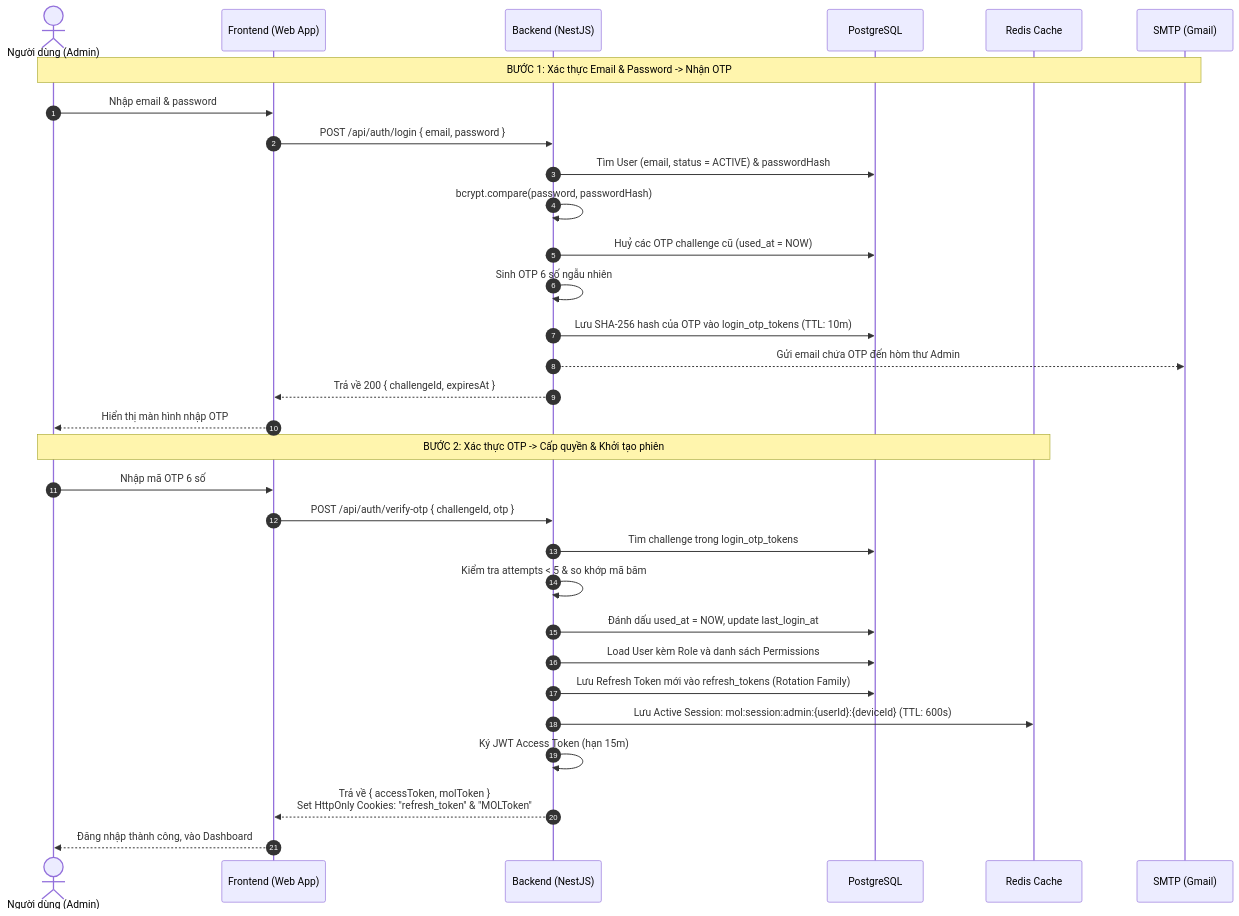
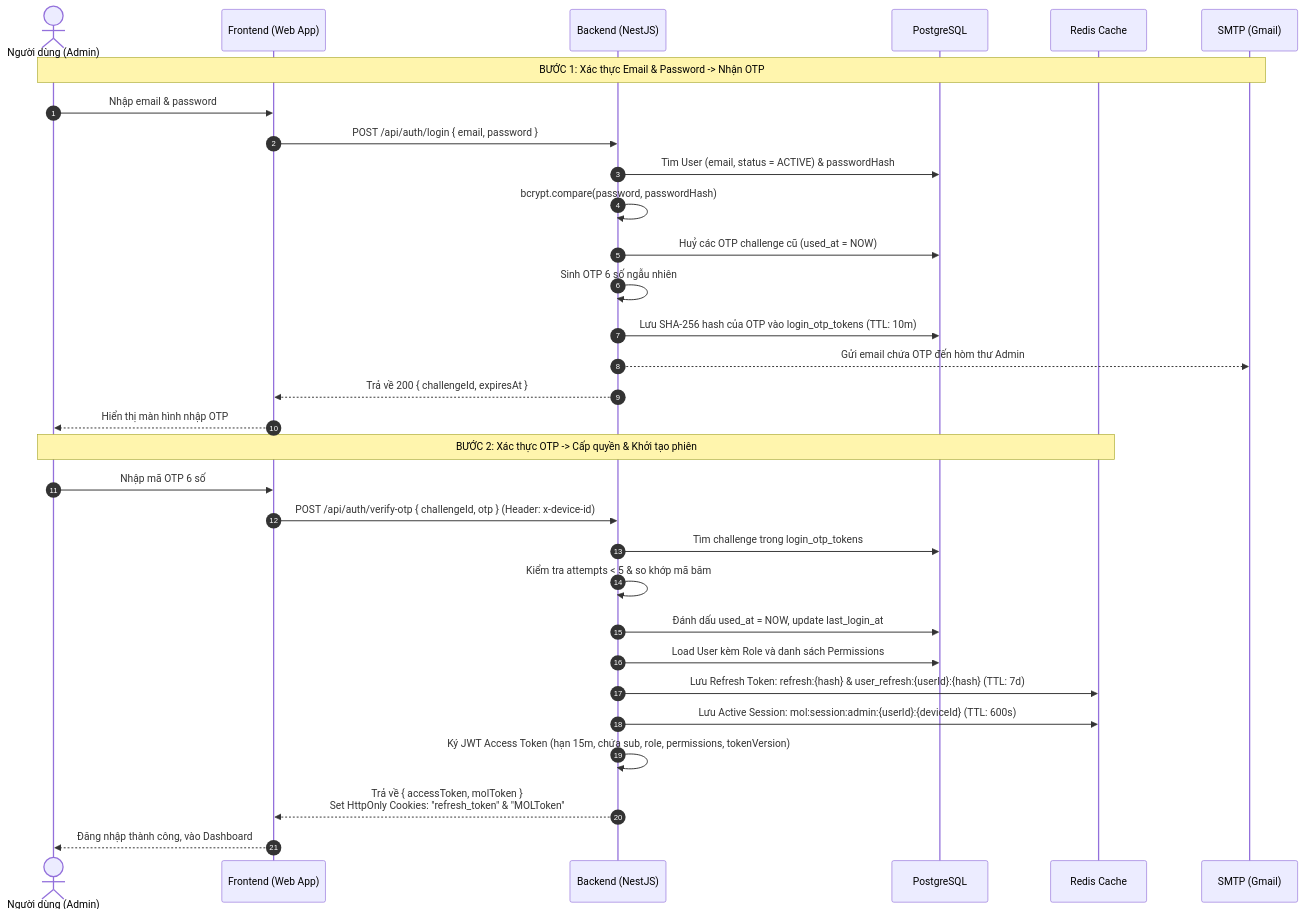
The diagram in LOGIN_FLOW.md (lichlt/car-store-backend), drawn with Mermaid before and after one commit. The commit also changed 14 other files, not shown here.

Commit message:
refactor(auth): migrate refresh token storage to pure Redis and remove DB table

````diff
--- a/LOGIN_FLOW.md
+++ b/LOGIN_FLOW.md
@@ -7,39 +7,39 @@
 ```mermaid
 sequenceDiagram
     autonumber
     actor Admin as Người dùng (Admin)
     participant Web as Frontend (Web App)
     participant API as Backend (NestJS)
     participant DB as PostgreSQL
     participant Redis as Redis Cache
     participant Mail as SMTP (Gmail)
 
     %% BƯỚC 1: REQUEST OTP
     Note over Admin,Mail: BƯỚC 1: Xác thực Email & Password -> Nhận OTP
     Admin->>Web: Nhập email & password
     Web->>API: POST /api/auth/login { email, password }
     API->>DB: Tìm User (email, status = ACTIVE) & passwordHash
     API->>API: bcrypt.compare(password, passwordHash)
     API->>DB: Huỷ các OTP challenge cũ (used_at = NOW)
     API->>API: Sinh OTP 6 số ngẫu nhiên
     API->>DB: Lưu SHA-256 hash của OTP vào login_otp_tokens (TTL: 10m)
     API-->>Mail: Gửi email chứa OTP đến hòm thư Admin
     API-->>Web: Trả về 200 { challengeId, expiresAt }
     Web-->>Admin: Hiển thị màn hình nhập OTP
 
     %% BƯỚC 2: VERIFY OTP
     Note over Admin,Redis: BƯỚC 2: Xác thực OTP -> Cấp quyền & Khởi tạo phiên
     Admin->>Web: Nhập mã OTP 6 số
-    Web->>API: POST /api/auth/verify-otp { challengeId, otp }
+    Web->>API: POST /api/auth/verify-otp { challengeId, otp } (Header: x-device-id)
     API->>DB: Tìm challenge trong login_otp_tokens
     API->>API: Kiểm tra attempts < 5 & so khớp mã băm
     API->>DB: Đánh dấu used_at = NOW, update last_login_at
     API->>DB: Load User kèm Role và danh sách Permissions
-    
+
     %% Khởi tạo Tokens & Redis
-    API->>DB: Lưu Refresh Token mới vào refresh_tokens (Rotation Family)
+    API->>Redis: Lưu Refresh Token: refresh:{hash} & user_refresh:{userId}:{hash} (TTL: 7d)
     API->>Redis: Lưu Active Session: mol:session:admin:{userId}:{deviceId} (TTL: 600s)
-    API->>API: Ký JWT Access Token (hạn 15m)
+    API->>API: Ký JWT Access Token (hạn 15m, chứa sub, role, permissions, tokenVersion)
     API-->>Web: Trả về { accessToken, molToken }<br/>Set HttpOnly Cookies: "refresh_token" & "MOLToken"
     Web-->>Admin: Đăng nhập thành công, vào Dashboard
 ```
````
